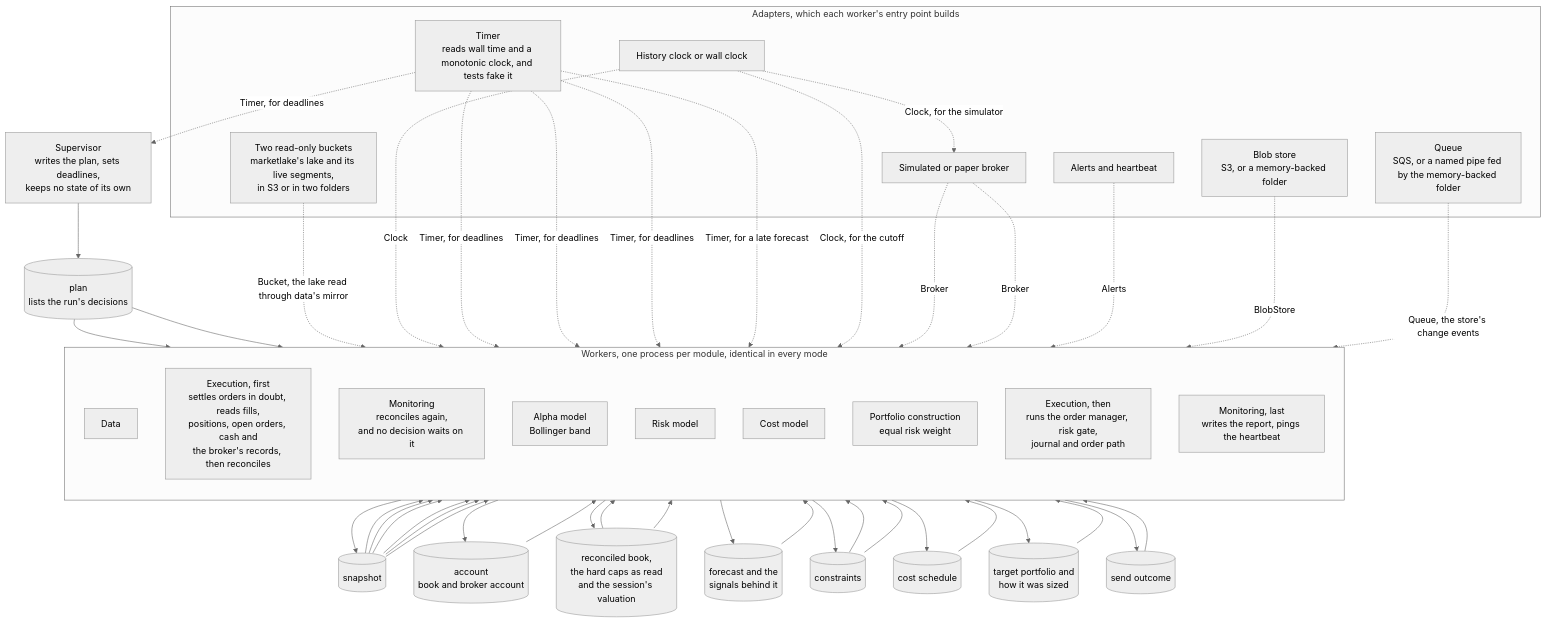
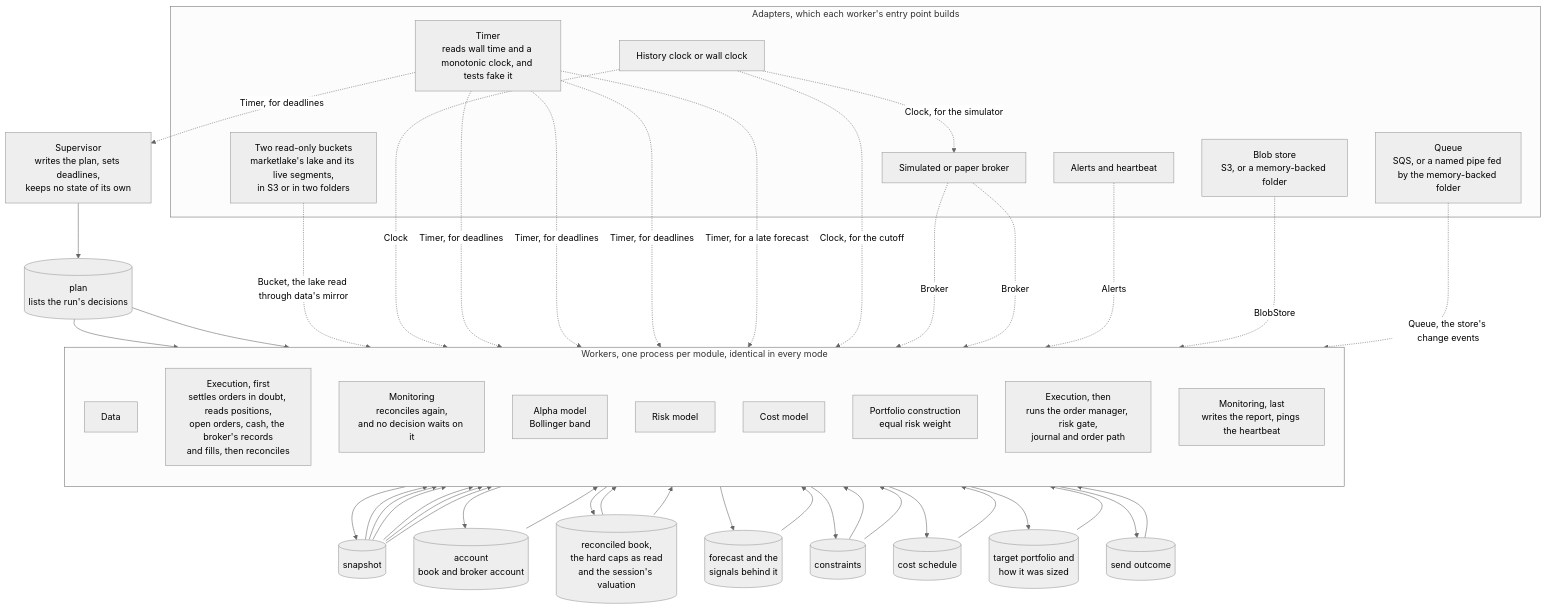
The first of 11 diagrams in docs/architecture/05-building-blocks.md (l3a0/ithildin-runtime), drawn with Mermaid (neutral theme) before and after one commit. The commit also changed other lines of this file and 36 other files, not shown here.

First line of the commit message:
feat(execution): the recover stage, reconcile and the execution worker

````diff
--- a/docs/architecture/05-building-blocks.md
+++ b/docs/architecture/05-building-blocks.md
@@ -57,73 +57,73 @@
 ```mermaid
 flowchart TB
     sup["Supervisor<br/>writes the plan, sets deadlines,<br/>keeps no state of its own"]
     plan[("plan<br/>lists the run's decisions")]
     sup --> plan
 
     subgraph workers["Workers, one process per module, identical in every mode"]
         direction TB
         data["Data"]
-        exec_recover["Execution, first<br/>settles orders in doubt, reads fills,<br/>positions, open orders, cash and<br/>the broker's records, then reconciles"]
+        exec_recover["Execution, first<br/>settles orders in doubt, reads positions,<br/>open orders, cash, the broker's records<br/>and fills, then reconciles"]
         mon_recon["Monitoring<br/>reconciles again,<br/>and no decision waits on it"]
         alpha["Alpha model<br/>Bollinger band"]
         risk["Risk model"]
         cost["Cost model"]
         pc["Portfolio construction<br/>equal risk weight"]
         exec_send["Execution, then<br/>runs the order manager, risk gate,<br/>journal and order path"]
         mon_report["Monitoring, last<br/>writes the report, pings the heartbeat"]
     end
 
     snap[("snapshot")]
     acct[("account<br/>book and broker account")]
     book[("reconciled book,<br/>the hard caps as read<br/>and the session's valuation")]
     fc[("forecast and the<br/>signals behind it")]
     cons[("constraints")]
     sched[("cost schedule")]
     target[("target portfolio and<br/>how it was sized")]
     outcome[("send outcome")]
 
     plan --> data
     plan --> exec_recover
     snap --> exec_recover
     data --> snap
     exec_recover --> acct --> mon_recon
     exec_recover --> book
     snap --> alpha --> fc
     snap --> risk
     book --> risk --> cons
     snap --> cost --> sched
     snap --> pc
     fc --> pc
     cons --> pc
     sched --> pc
     book --> pc --> target
     target --> exec_send
     cons --> exec_send
     snap --> exec_send
     exec_send --> outcome --> mon_report
 
     subgraph adapters["Adapters, which each worker's entry point builds"]
         lakesrc["Two read-only buckets<br/>marketlake's lake and its live segments,<br/>in S3 or in two folders"]
         clock["History clock or wall clock"]
         timer["Timer<br/>reads wall time and a monotonic clock, and tests fake it"]
         broker["Simulated or paper broker"]
         store["Blob store<br/>S3, or a memory-backed folder"]
         alertsink["Alerts and heartbeat"]
         queue["Queue<br/>SQS, or a named pipe fed by the memory-backed folder"]
     end
 
     lakesrc -. "Bucket, the lake read through data's mirror" .-> data
     clock -. "Clock" .-> data
     timer -. "Timer, for deadlines" .-> sup
     timer -. "Timer, for deadlines" .-> mon_report
     timer -. "Timer, for deadlines" .-> exec_recover
     timer -. "Timer, for deadlines" .-> exec_send
     timer -. "Timer, for a late forecast" .-> pc
     clock -. "Clock, for the cutoff" .-> exec_send
     clock -. "Clock, for the simulator" .-> broker
     broker -. "Broker" .-> exec_recover
     broker -. "Broker" .-> exec_send
     store -. "BlobStore" .-> workers
     alertsink -. "Alerts" .-> mon_report
         queue -. "Queue, the store's change events" .-> workers
 ```
````
